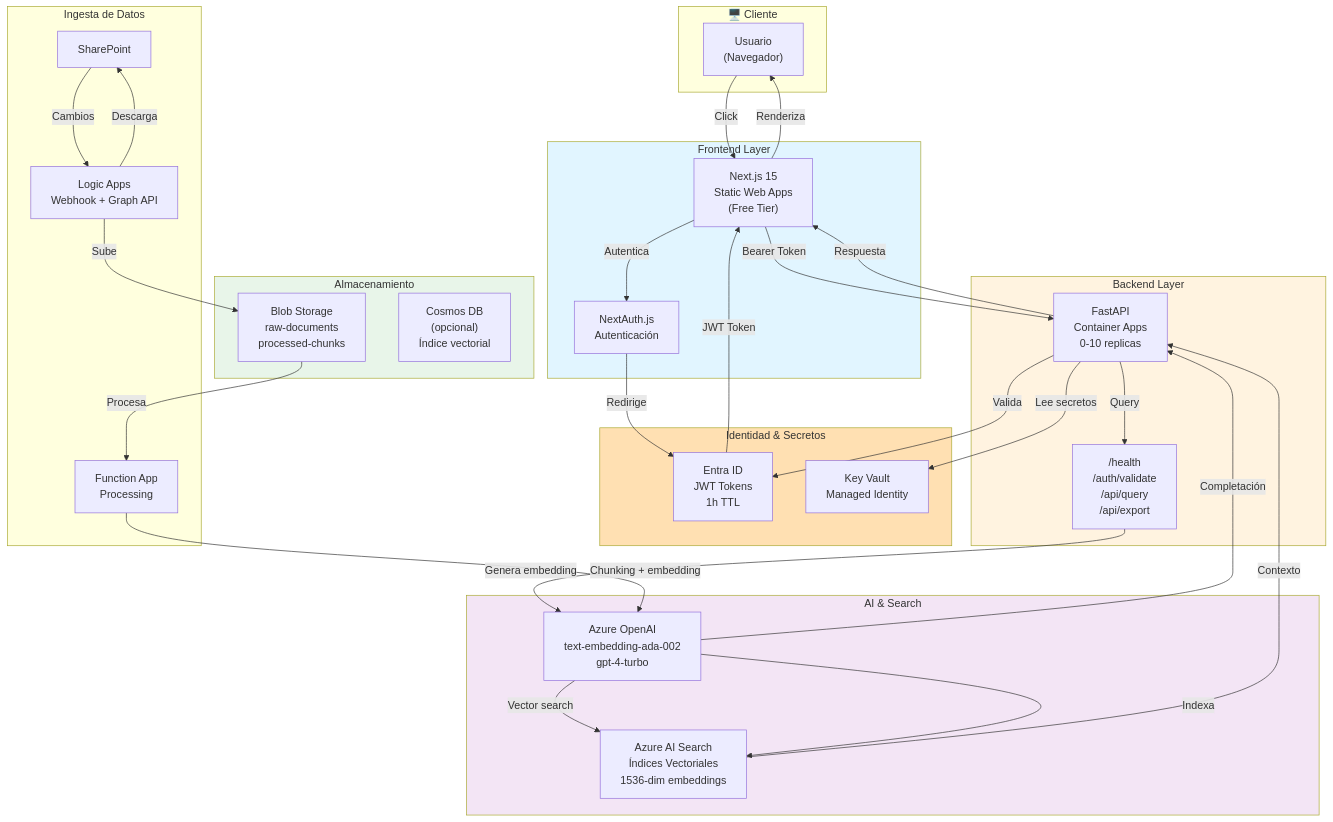
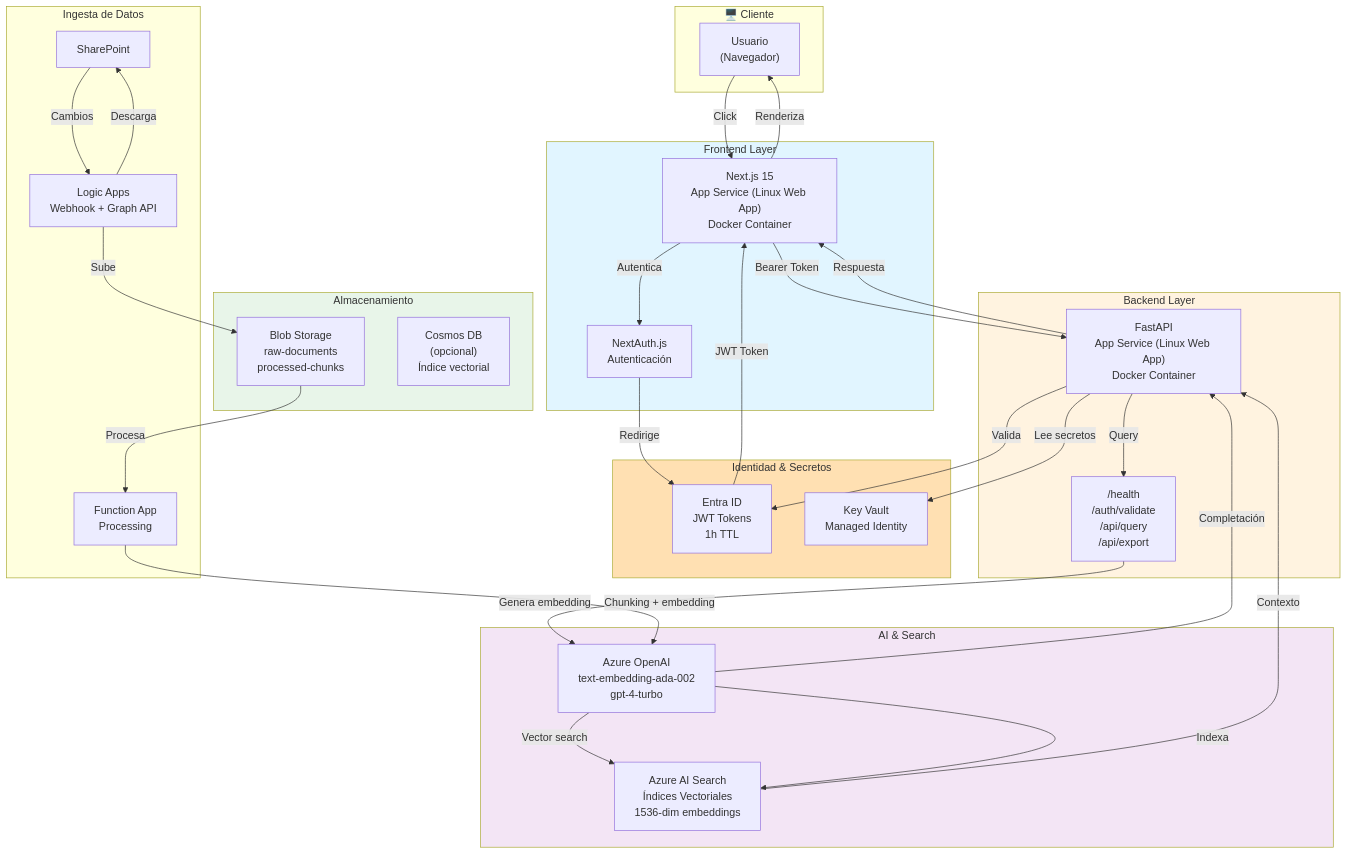
Before and after one commit to avalle-syntonize/Daiichi-Sankyo-RACMC-GPT: the diagram in docs/architecture.md, drawn with Mermaid. The commit also changed other lines of this file and 2 other files, not shown here.

Commit message:
Fix documentation: Update infrastructure to reflect actual Azure setup (App Service + ACR, not Static Web Apps + Container Apps)

````diff
--- a/docs/architecture.md
+++ b/docs/architecture.md
@@ -34,65 +34,65 @@
 ```mermaid
 graph TB
     subgraph Client["🖥️ Cliente"]
         A["Usuario<br/>(Navegador)"]
     end
 
     subgraph Frontend["Frontend Layer"]
-        B["Next.js 15<br/>Static Web Apps<br/>(Free Tier)"]
+        B["Next.js 15<br/>App Service (Linux Web App)<br/>Docker Container"]
         C["NextAuth.js<br/>Autenticación"]
     end
 
     subgraph Auth["Identidad & Secretos"]
         D["Entra ID<br/>JWT Tokens<br/>1h TTL"]
         E["Key Vault<br/>Managed Identity"]
     end
 
     subgraph Backend["Backend Layer"]
-        F["FastAPI<br/>Container Apps<br/>0-10 replicas"]
+        F["FastAPI<br/>App Service (Linux Web App)<br/>Docker Container"]
         G["/health<br/>/auth/validate<br/>/api/query<br/>/api/export"]
     end
 
     subgraph AIServices["AI & Search"]
         H["Azure AI Search<br/>Índices Vectoriales<br/>1536-dim embeddings"]
         I["Azure OpenAI<br/>text-embedding-ada-002<br/>gpt-4-turbo"]
     end
 
     subgraph Storage["Almacenamiento"]
         J["Blob Storage<br/>raw-documents<br/>processed-chunks"]
         K["Cosmos DB<br/>(opcional)<br/>Índice vectorial"]
     end
 
     subgraph DataIngestion["Ingesta de Datos"]
         L["SharePoint"]
         M["Logic Apps<br/>Webhook + Graph API"]
         N["Function App<br/>Processing"]
     end
 
     A -->|Click| B
     B -->|Autentica| C
     C -->|Redirige| D
     D -->|JWT Token| B
     B -->|Bearer Token| F
     F -->|Valida| D
     F -->|Lee secretos| E
     F -->|Query| G
     G -->|Genera embedding| I
     I -->|Vector search| H
     H -->|Contexto| F
     I -->|Completación| F
     F -->|Respuesta| B
     B -->|Renderiza| A
 
     L -->|Cambios| M
     M -->|Descarga| L
     M -->|Sube| J
     J -->|Procesa| N
     N -->|Chunking + embedding| I
     I -->|Indexa| H
 
     style Frontend fill:#e1f5ff
     style Backend fill:#fff3e0
     style AIServices fill:#f3e5f5
     style Storage fill:#e8f5e9
     style Auth fill:#ffe0b2
 ```
````
